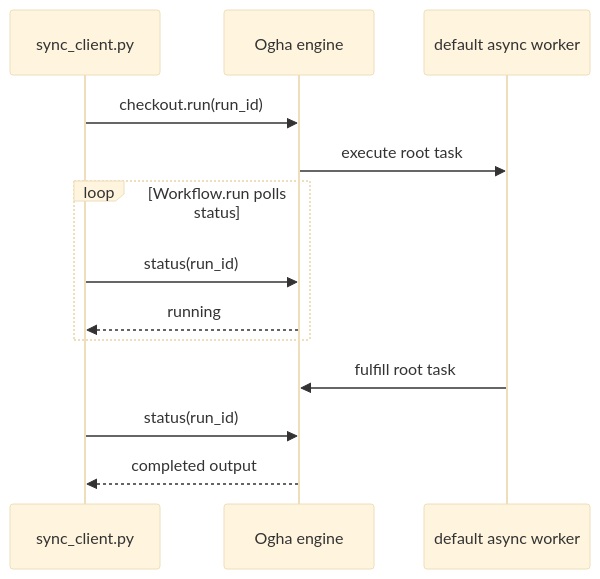
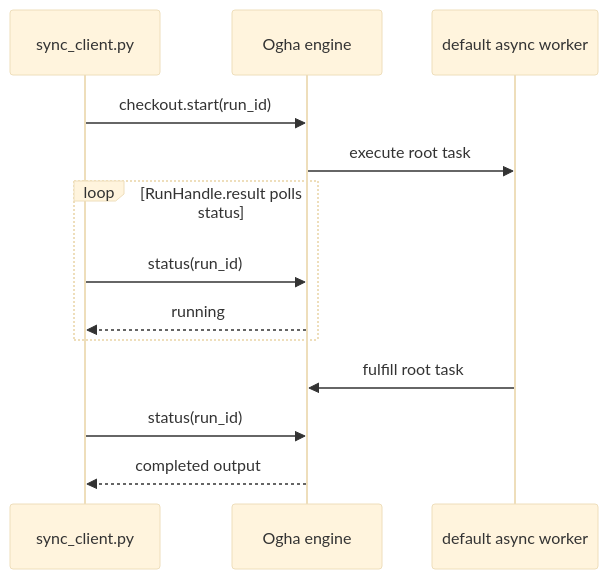
Before and after one commit to vedhlabs/sdk-examples: the second of 2 diagrams in docs/quickstart.md, drawn with Mermaid (base theme). The commit also changed other lines of this file and 33 other files, not shown here.

````diff
--- a/docs/quickstart.md
+++ b/docs/quickstart.md
@@ -73,15 +73,15 @@
 ```mermaid
 sequenceDiagram
     participant C as sync_client.py
     participant E as Ogha engine
     participant W as default async worker
-    C->>E: checkout.run(run_id)
+    C->>E: checkout.start(run_id)
     E->>W: execute root task
-    loop Workflow.run polls status
+    loop RunHandle.result polls status
         C->>E: status(run_id)
         E-->>C: running
     end
     W->>E: fulfill root task
     C->>E: status(run_id)
     E-->>C: completed output
 ```
````
